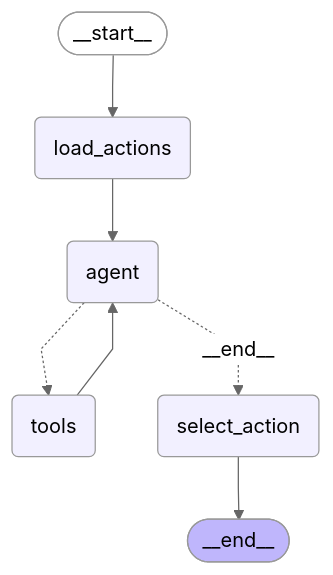
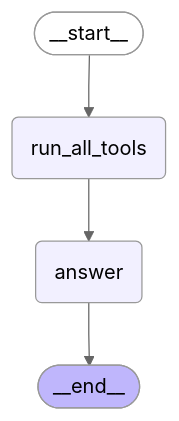
One commit to Ishaan005/hacktheclimate changed the diagram in docs/chat_graph.md. Above: the diagram before and after it, drawn with Mermaid (neutral theme). The commit also changed other lines of this file and 7 other files, not shown here.

Commit message:
Chat: run every tool in code, then one model call (START -> run_all_tools -> answer -> END)

````diff
--- a/docs/chat_graph.md
+++ b/docs/chat_graph.md
@@ -5,23 +5,18 @@
 ```mermaid
 ---
 config:
   flowchart:
     curve: linear
 ---
 graph TD;
 	__start__([<p>__start__</p>]):::first
-	load_actions(load_actions)
-	agent(agent)
-	tools(tools)
-	select_action(select_action)
+	run_all_tools(run_all_tools)
+	answer(answer)
 	__end__([<p>__end__</p>]):::last
-	__start__ --> load_actions;
-	agent -. &nbsp;__end__&nbsp; .-> select_action;
-	agent -.-> tools;
-	load_actions --> agent;
-	tools --> agent;
-	select_action --> __end__;
+	__start__ --> run_all_tools;
+	run_all_tools --> answer;
+	answer --> __end__;
 	classDef default fill:#f2f0ff,line-height:1.2
 	classDef first fill-opacity:0
 	classDef last fill:#bfb6fc
 ```
````
